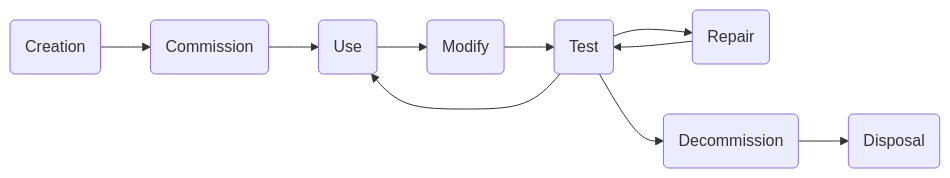
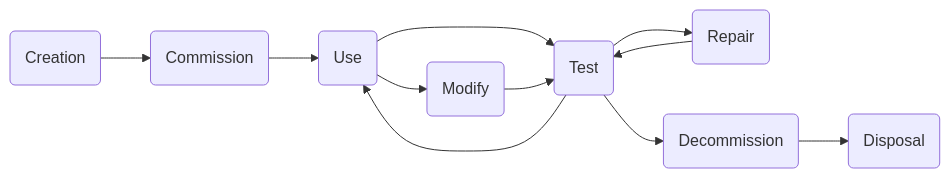
The diagram in asset-tracking.md (srobo/kitbook), drawn with Mermaid before and after one commit.

Commit message:
Updates asset-tracking.md
Auto commit by GitBook Editor

```diff
--- a/asset-tracking.md
+++ b/asset-tracking.md
@@ -21,21 +21,22 @@
 {% mermaid %}
 graph LR
   create(Creation)
   commission(Commission)
   use(Use)
   test(Test)
   repair(Repair)
   modify(Modify)
   decommission(Decommission)
   disposal(Disposal)
   
   create-->commission
   commission-->use
   use-->modify
+  use-->test
   modify-->test
   test-->repair
   test-->use
   repair-->test
   test-->decommission
   decommission-->disposal
 {% endmermaid %}
```
